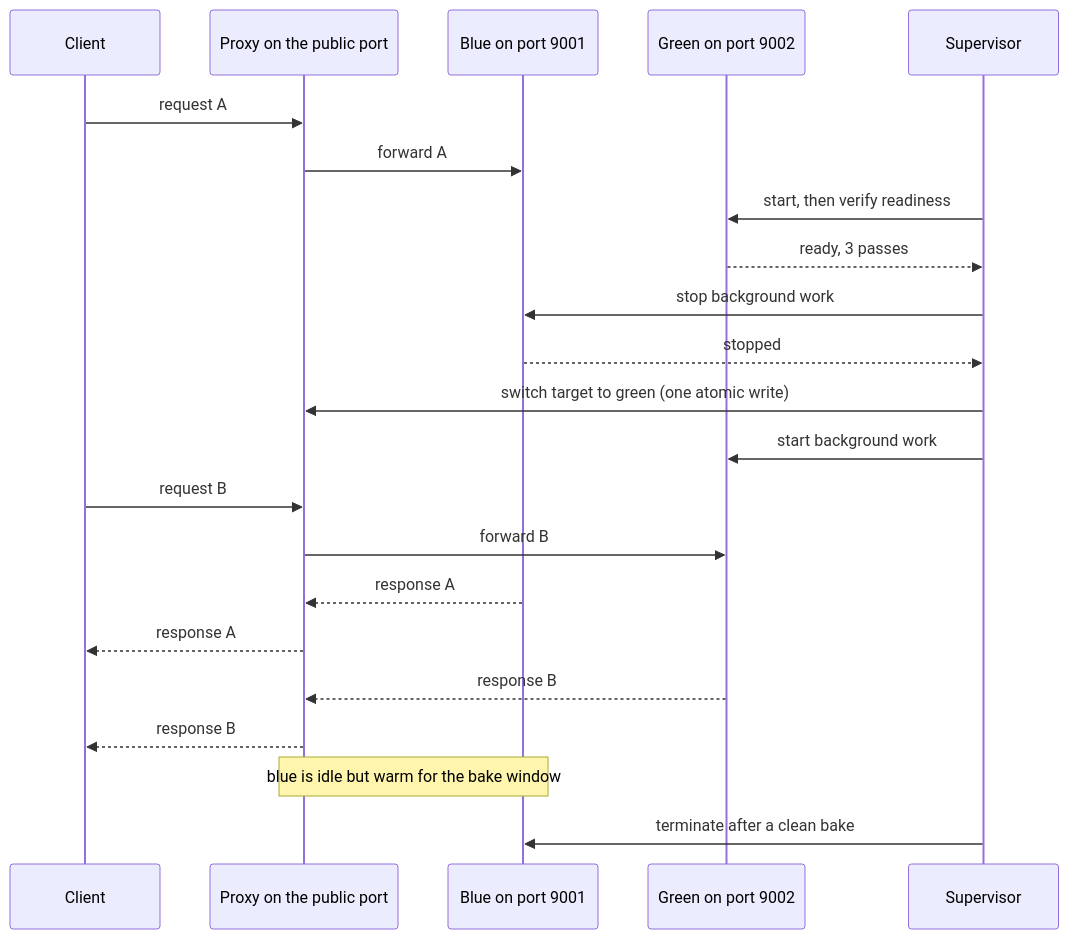
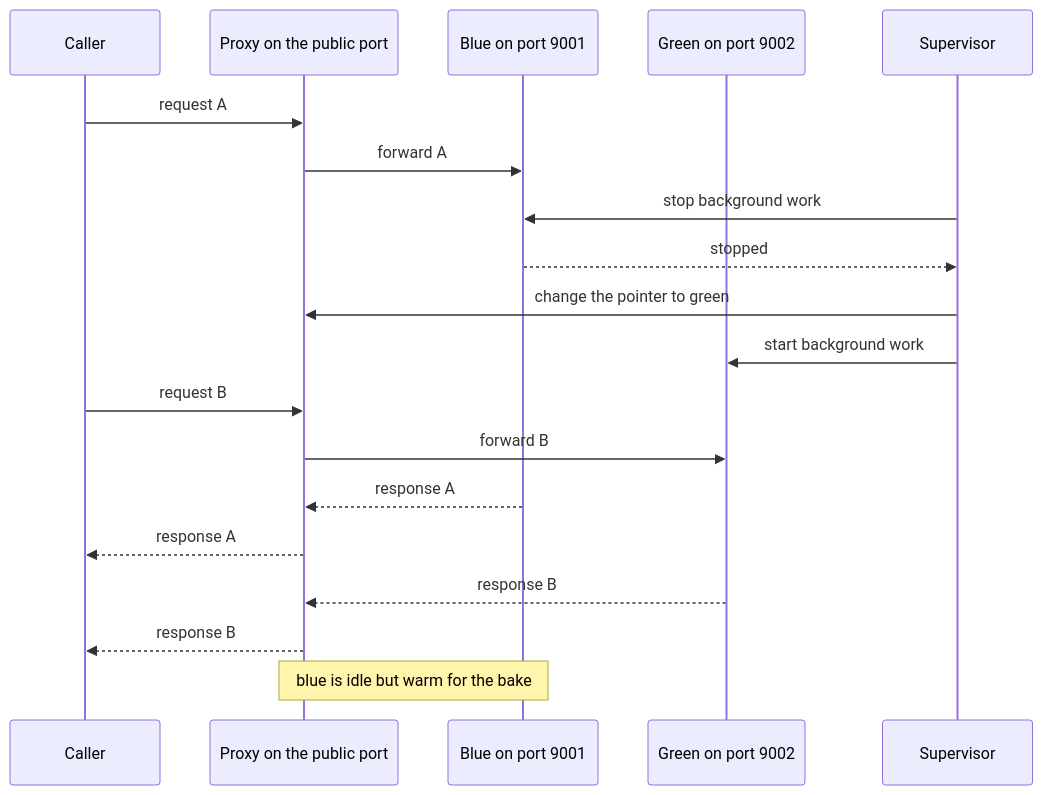
Before and after one commit to amitdu6ey/experiments: the fourth of 5 diagrams in hot-server-swap/README.md, drawn with Mermaid. The commit also changed other lines of this file and 7 other files, not shown here.

````diff
--- a/hot-server-swap/README.md
+++ b/hot-server-swap/README.md
@@ -193,25 +172,22 @@
 ```mermaid
 sequenceDiagram
-    participant C as Client
+    participant C as Caller
     participant P as Proxy on the public port
     participant B as Blue on port 9001
     participant G as Green on port 9002
     participant S as Supervisor
 
     C->>P: request A
     P->>B: forward A
-    S->>G: start, then verify readiness
-    G-->>S: ready, 3 passes
     S->>B: stop background work
     B-->>S: stopped
-    S->>P: switch target to green (one atomic write)
+    S->>P: change the pointer to green
     S->>G: start background work
     C->>P: request B
     P->>G: forward B
     B-->>P: response A
     P-->>C: response A
     G-->>P: response B
     P-->>C: response B
-    Note over P,B: blue is idle but warm for the bake window
-    S->>B: terminate after a clean bake
+    Note over P,B: blue is idle but warm for the bake
 ```
````
